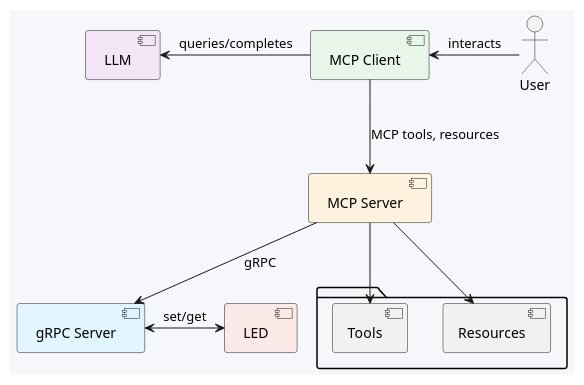
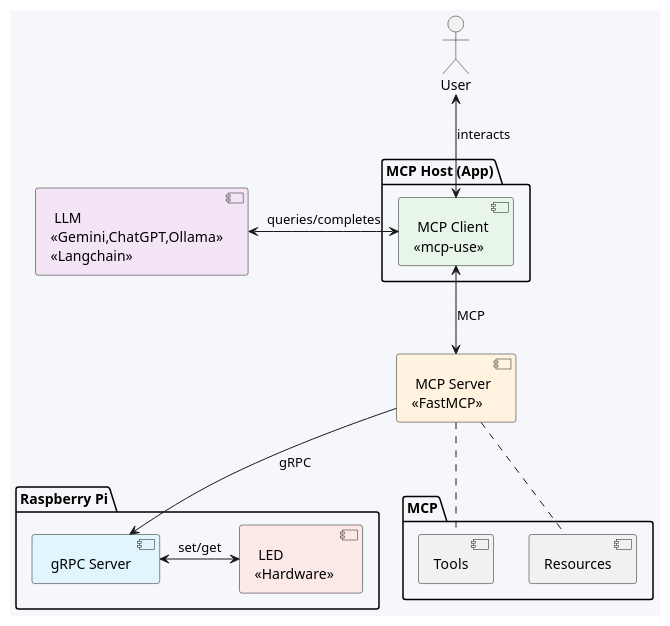
Before and after one commit to nikodem911/learning-mcp: the diagram in docs/arch.puml, drawn with PlantUML. The commit also changed 5 other files, not shown here.

```diff
--- a/docs/arch.puml
+++ b/docs/arch.puml
@@ -1,27 +1,32 @@
 @startuml Arch
 
 ' Set background color
 skinparam backgroundColor #F5F7FA
 
-[ MCP Server ] as MCPServer #FFF3E0
-[ MCP Client ] as MCPClient #E8F5E9
-[ LLM ] as LLM #F3E5F5
+[ MCP Server\n<<FastMCP>> ] as MCPServer #FFF3E0
+package "MCP Host (App)" {
+[ MCP Client\n<<mcp-use>> ] as MCPClient #E8F5E9
+}
+[ LLM\n<<Gemini,ChatGPT,Ollama>>\n<<Langchain>>] as LLM #F3E5F5
+package "Raspberry Pi" {
 [ gRPC Server ] as GRPCServer #E1F5FE
-[ LED ] as LED #FBE9E7
+[ LED\n<<Hardware>> ] as LED #FBE9E7
+}
+
 actor "User" as User
 
-MCPClient <- User : interacts
-MCPClient --> MCPServer : MCP tools, resources
-LLM <- MCPClient: queries/completes
+User <--> MCPClient : interacts
+MCPClient <--> MCPServer : MCP
+LLM <-> MCPClient: queries/completes
 MCPServer --> GRPCServer : gRPC
 GRPCServer <-> LED : set/get
 
-package {
+package "MCP"{
     [Tools] as Tools
     [Resources] as Resources
 }
 
-MCPServer -down-> Tools
-MCPServer -down-> Resources
+MCPServer .down- Tools
+MCPServer .down- Resources
 
 @enduml
```
